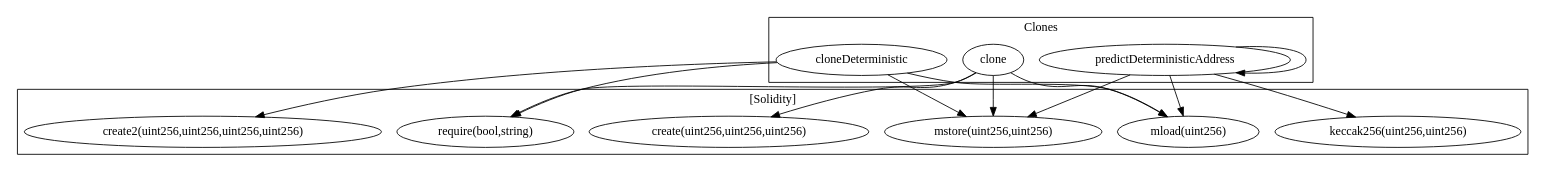
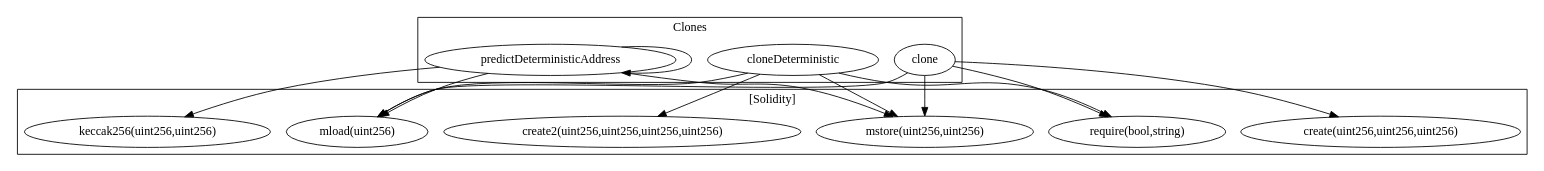
One commit to FlipsideCrypto/badger changed the diagram in contracts/build/...Clones.call-graph.dot. Above: the diagram before and after it, drawn with Graphviz. The commit also changed other lines of this file and 110 other files, not shown here.

```diff
--- a/contracts/build/...Clones.call-graph.dot
+++ b/contracts/build/...Clones.call-graph.dot
@@ -1,28 +1,28 @@
 strict digraph {
 subgraph cluster_2126_Clones {
 label = "Clones"
 "2126_clone" [label="clone"]
+"2126_cloneDeterministic" [label="cloneDeterministic"]
 "2126_predictDeterministicAddress" [label="predictDeterministicAddress"]
-"2126_cloneDeterministic" [label="cloneDeterministic"]
 "2126_predictDeterministicAddress" -> "2126_predictDeterministicAddress"
 }subgraph cluster_solidity {
 label = "[Solidity]"
+"create(uint256,uint256,uint256)" 
 "keccak256(uint256,uint256)" 
-"mstore(uint256,uint256)" 
 "create2(uint256,uint256,uint256,uint256)" 
 "mload(uint256)" 
 "require(bool,string)" 
-"create(uint256,uint256,uint256)" 
+"mstore(uint256,uint256)" 
+"2126_clone" -> "create(uint256,uint256,uint256)"
+"2126_clone" -> "require(bool,string)"
 "2126_clone" -> "mload(uint256)"
+"2126_predictDeterministicAddress" -> "mload(uint256)"
+"2126_cloneDeterministic" -> "create2(uint256,uint256,uint256,uint256)"
+"2126_cloneDeterministic" -> "require(bool,string)"
+"2126_cloneDeterministic" -> "mload(uint256)"
+"2126_cloneDeterministic" -> "mstore(uint256,uint256)"
+"2126_predictDeterministicAddress" -> "keccak256(uint256,uint256)"
 "2126_clone" -> "mstore(uint256,uint256)"
-"2126_cloneDeterministic" -> "require(bool,string)"
-"2126_clone" -> "create(uint256,uint256,uint256)"
 "2126_predictDeterministicAddress" -> "mstore(uint256,uint256)"
-"2126_cloneDeterministic" -> "mstore(uint256,uint256)"
-"2126_cloneDeterministic" -> "mload(uint256)"
-"2126_predictDeterministicAddress" -> "mload(uint256)"
-"2126_clone" -> "require(bool,string)"
-"2126_cloneDeterministic" -> "create2(uint256,uint256,uint256,uint256)"
-"2126_predictDeterministicAddress" -> "keccak256(uint256,uint256)"
 }
 }
```
